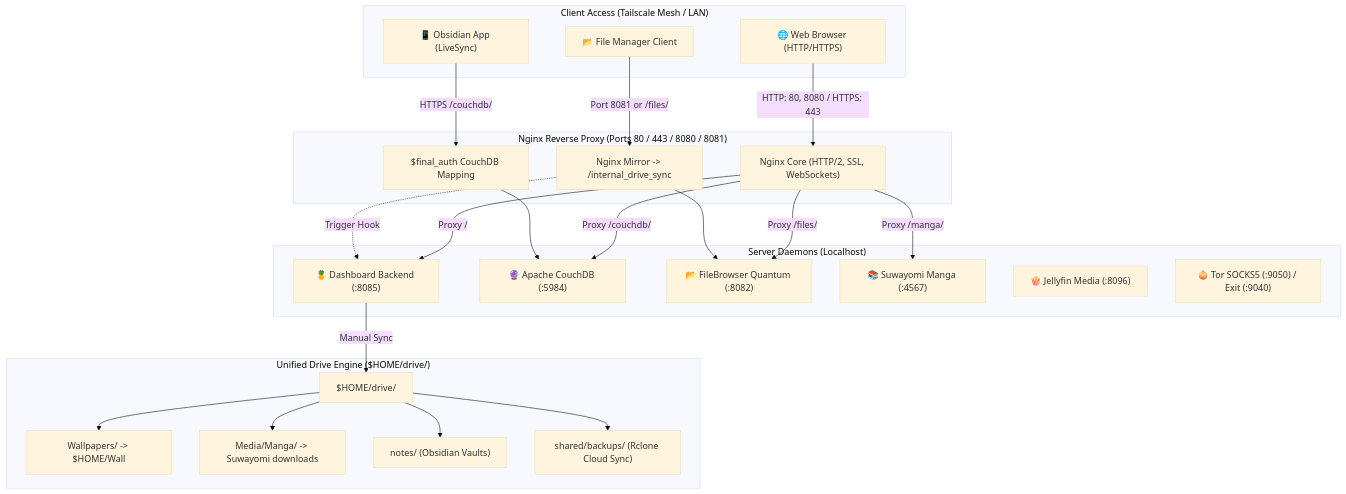
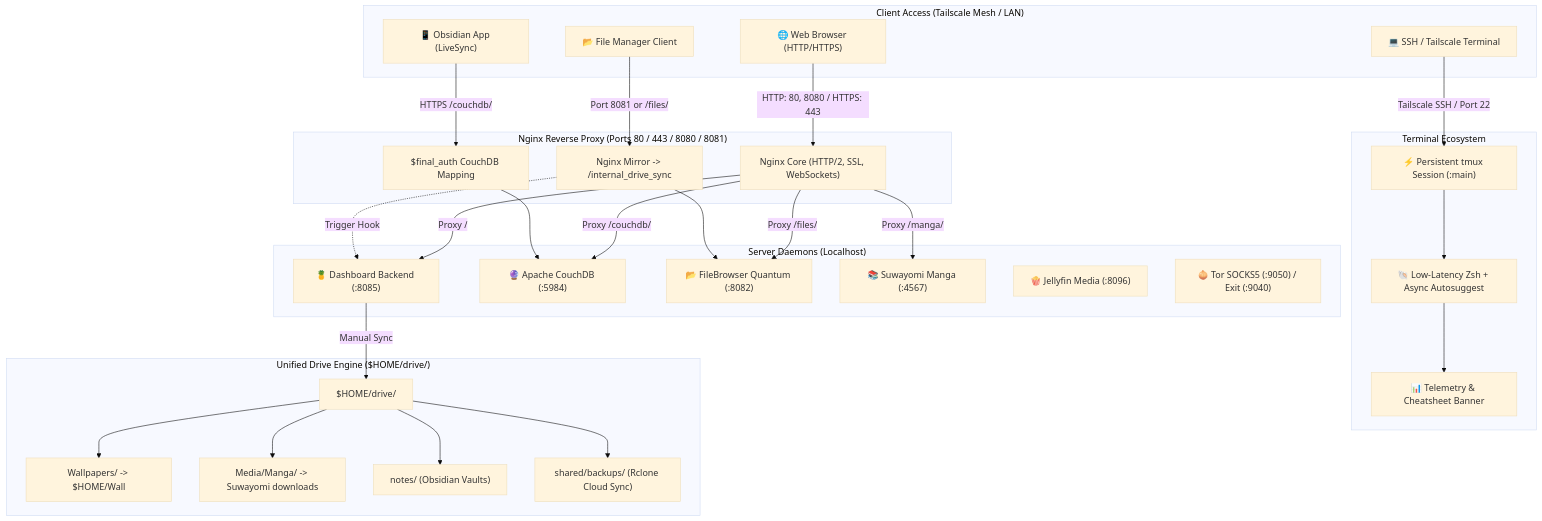
The diagram in README.md (T1n777/Tinarchy), drawn with Mermaid (base theme) before and after one commit. The commit also changed other lines of this file and 7 other files, not shown here.

Commit message:
feat(terminal): add formatted zsh, tmux, and fastfetch configs, powerdown services, and update README

````diff
--- a/README.md
+++ b/README.md
@@ -60,47 +76,56 @@
 ```mermaid
 flowchart TD
     subgraph Clients ["Client Access (Tailscale Mesh / LAN)"]
         Browser["🌐 Web Browser (HTTP/HTTPS)"]
         Obsidian["📱 Obsidian App (LiveSync)"]
         FileClient["📂 File Manager Client"]
+        SSHClient["💻 SSH / Tailscale Terminal"]
     end
 
     subgraph NginxProxy ["Nginx Reverse Proxy (Ports 80 / 443 / 8080 / 8081)"]
         Nginx["Nginx Core (HTTP/2, SSL, WebSockets)"]
         AuthMap["$final_auth CouchDB Mapping"]
         SyncMirror["Nginx Mirror -> /internal_drive_sync"]
+    end
+
+    subgraph TerminalEnv ["Terminal Ecosystem"]
+        Tmux["⚡ Persistent tmux Session (:main)"]
+        Zsh["🐚 Low-Latency Zsh + Async Autosuggest"]
+        Fastfetch["📊 Telemetry & Cheatsheet Banner"]
     end
 
     subgraph Backend ["Server Daemons (Localhost)"]
         Dashboard["🍍 Dashboard Backend (:8085)"]
         CouchDB["🔮 Apache CouchDB (:5984)"]
         FileBrowser["📂 FileBrowser Quantum (:8082)"]
         Suwayomi["📚 Suwayomi Manga (:4567)"]
         Jellyfin["🍿 Jellyfin Media (:8096)"]
         Tor["🧅 Tor SOCKS5 (:9050) / Exit (:9040)"]
     end
 
     subgraph Storage ["Unified Drive Engine ($HOME/drive/)"]
         DriveRoot["$HOME/drive/"]
         Wallpapers["Wallpapers/ -> $HOME/Wall"]
         Manga["Media/Manga/ -> Suwayomi downloads"]
         Notes["notes/ (Obsidian Vaults)"]
         Backups["shared/backups/ (Rclone Cloud Sync)"]
     end
 
     Browser -->|HTTP: 80, 8080 / HTTPS: 443| Nginx
     Obsidian -->|HTTPS /couchdb/| AuthMap --> CouchDB
     FileClient -->|Port 8081 or /files/| SyncMirror --> FileBrowser
     SyncMirror -.->|Trigger Hook| Dashboard
 
+    SSHClient -->|Tailscale SSH / Port 22| Tmux --> Zsh --> Fastfetch
+
     Nginx -->|Proxy /| Dashboard
     Nginx -->|Proxy /files/| FileBrowser
     Nginx -->|Proxy /manga/| Suwayomi
     Nginx -->|Proxy /couchdb/| CouchDB
 
     Dashboard -->|Manual Sync| DriveRoot
     DriveRoot --> Wallpapers
     DriveRoot --> Manga
     DriveRoot --> Notes
     DriveRoot --> Backups
 ```
````
